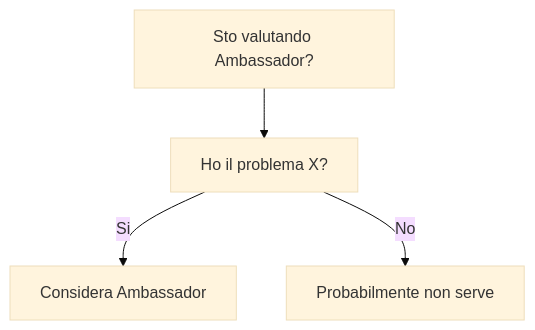
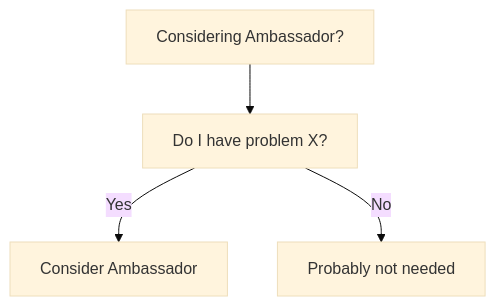
Before and after one commit to HxT9/Software-Dev-Wiki: the diagram in dev-wiki/21_Cloud_Native/Ambassador/When_To_Use.md, drawn with Mermaid (base theme). The commit also changed other lines of this file and 3444 other files, not shown here.

````diff
--- a/dev-wiki/21_Cloud_Native/Ambassador/When_To_Use.md
+++ b/dev-wiki/21_Cloud_Native/Ambassador/When_To_Use.md
@@ -19,6 +19,6 @@
 ```mermaid
 flowchart TD
-  Q[Sto valutando Ambassador?] --> Q1[Ho il problema X?]
-  Q1 -->|Si| OK[Considera Ambassador]
-  Q1 -->|No| NO[Probabilmente non serve]
+  Q[Considering Ambassador?] --> Q1[Do I have problem X?]
+  Q1 -->|Yes| OK[Consider Ambassador]
+  Q1 -->|No| NO[Probably not needed]
 ```
````
